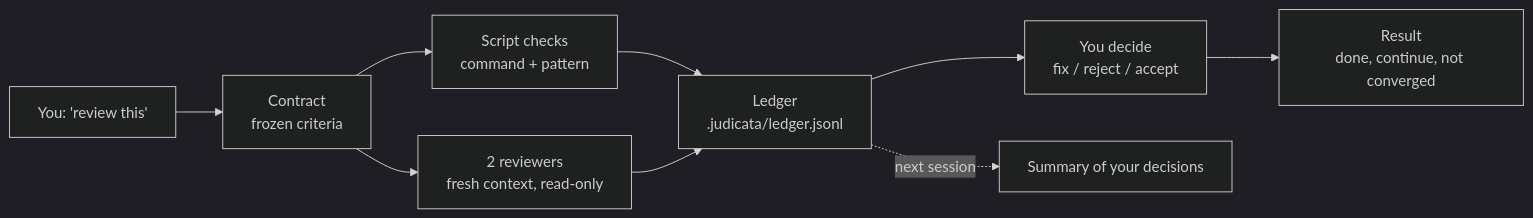
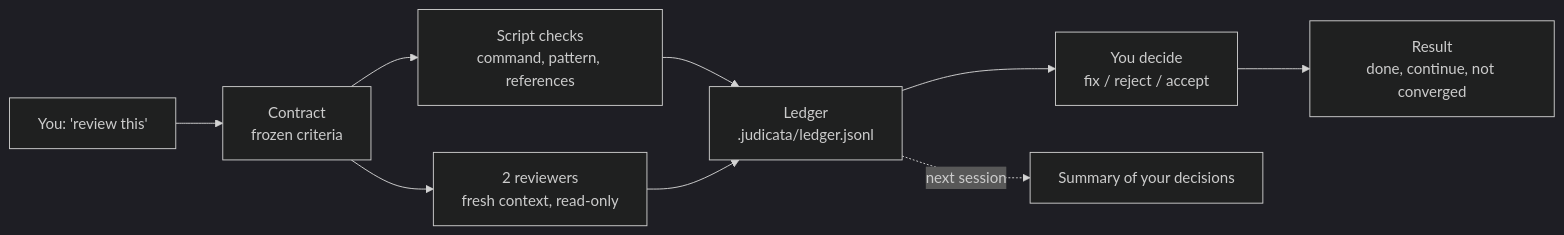
Before and after one commit to philippmelikidis/judicata: the diagram in README.md, drawn with Mermaid (dark theme). The commit also changed other lines of this file and 22 other files, not shown here.

````diff
--- a/README.md
+++ b/README.md
@@ -149,11 +150,11 @@
 ```mermaid
 flowchart LR
     A["You: 'review this'"] --> B["Contract<br/>frozen criteria"]
-    B --> C["Script checks<br/>command + pattern"]
+    B --> C["Script checks<br/>command, pattern, references"]
     B --> D["2 reviewers<br/>fresh context, read-only"]
     C --> E["Ledger<br/>.judicata/ledger.jsonl"]
     D --> E
     E --> F["You decide<br/>fix / reject / accept"]
     F --> G["Result<br/>done, continue, not converged"]
     E -. "next session" .-> H["Summary of your decisions"]
 ```
````
